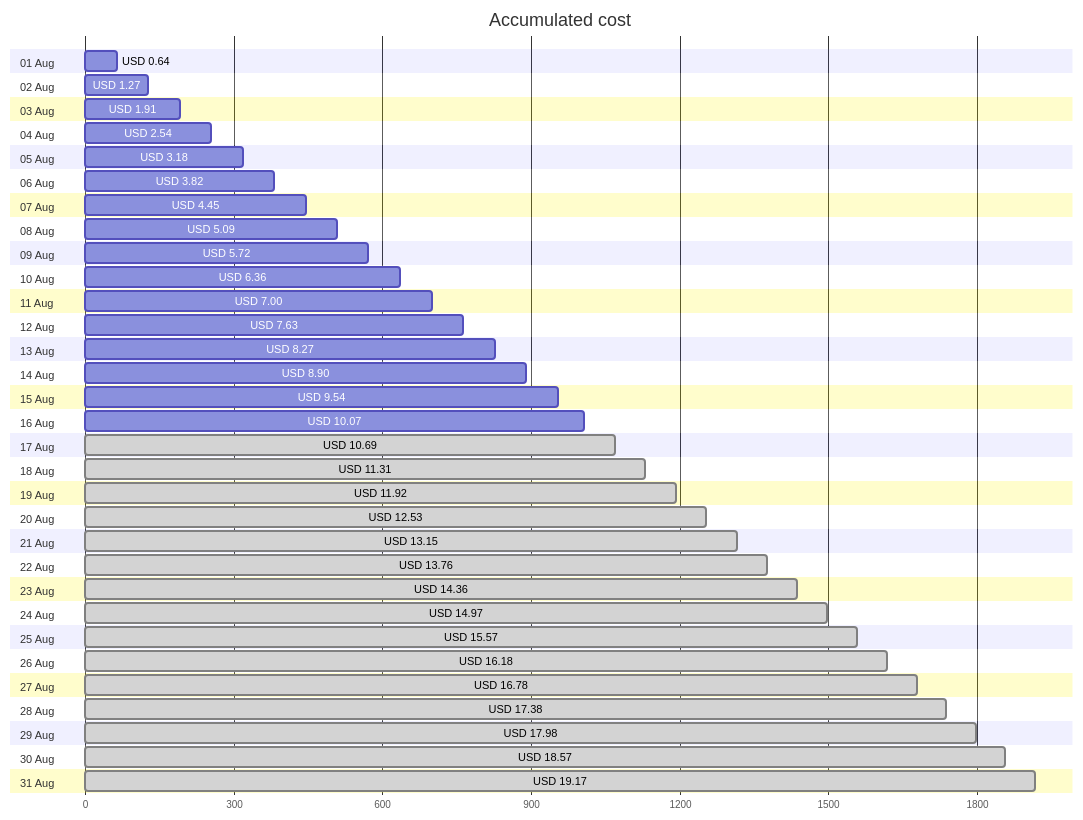
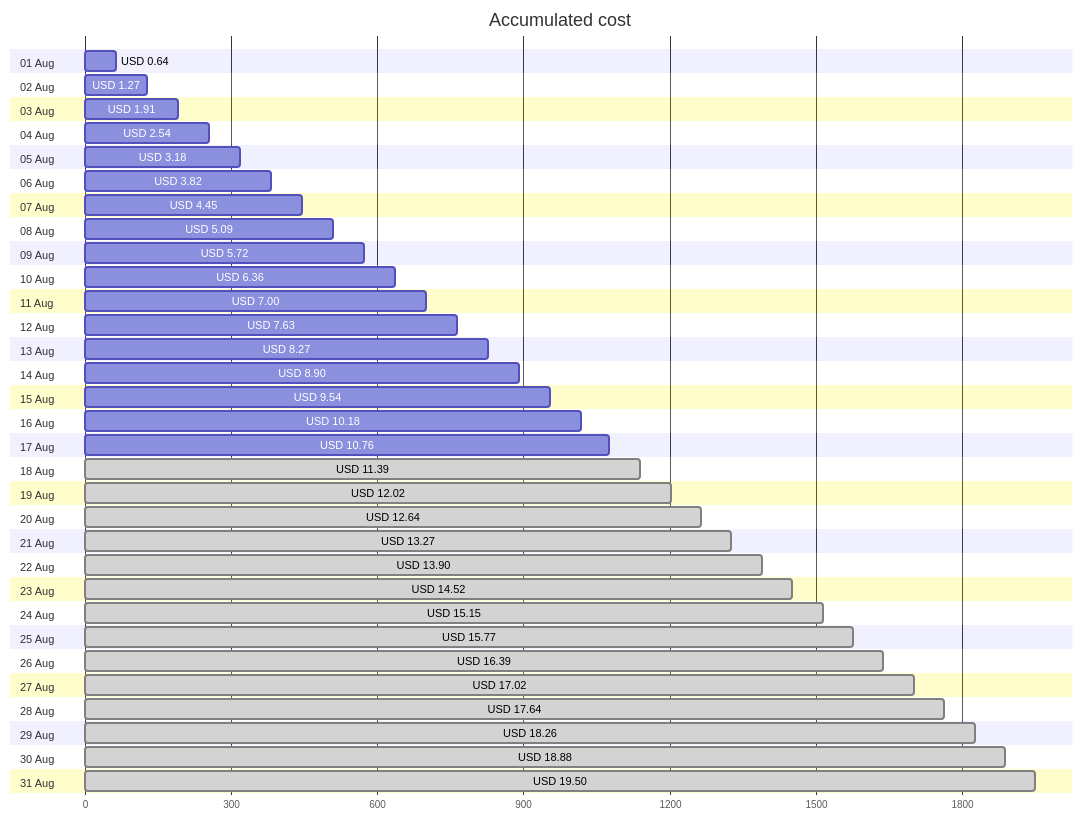
The first of 4 diagrams in cost-reports/accumulated-cost.md (jpfulton/azure-personal-reports), drawn with Mermaid before and after one commit. The commit also changed other lines of this file and 4 other files, not shown here.

````diff
--- a/cost-reports/accumulated-cost.md
+++ b/cost-reports/accumulated-cost.md
@@ -20,68 +20,68 @@
 ```mermaid
 gantt
    title Accumulated cost
    dateFormat  X
    axisFormat %s
    section 01 Aug
    USD 0.64 :0, 64
    section 02 Aug
    USD 1.27 :0, 127
    section 03 Aug
    USD 1.91 :0, 191
    section 04 Aug
    USD 2.54 :0, 254
    section 05 Aug
    USD 3.18 :0, 318
    section 06 Aug
    USD 3.82 :0, 382
    section 07 Aug
    USD 4.45 :0, 445
    section 08 Aug
    USD 5.09 :0, 509
    section 09 Aug
    USD 5.72 :0, 572
    section 10 Aug
    USD 6.36 :0, 636
    section 11 Aug
    USD 7.00 :0, 700
    section 12 Aug
    USD 7.63 :0, 763
    section 13 Aug
    USD 8.27 :0, 827
    section 14 Aug
    USD 8.90 :0, 890
    section 15 Aug
    USD 9.54 :0, 954
    section 16 Aug
-   USD 10.07 :0, 1007
+   USD 10.18 :0, 1018
    section 17 Aug
-   USD 10.69 : done, 0, 1069
+   USD 10.76 :0, 1076
    section 18 Aug
-   USD 11.31 : done, 0, 1131
+   USD 11.39 : done, 0, 1139
    section 19 Aug
-   USD 11.92 : done, 0, 1192
+   USD 12.02 : done, 0, 1202
    section 20 Aug
-   USD 12.53 : done, 0, 1253
+   USD 12.64 : done, 0, 1264
    section 21 Aug
-   USD 13.15 : done, 0, 1315
+   USD 13.27 : done, 0, 1327
    section 22 Aug
-   USD 13.76 : done, 0, 1376
+   USD 13.90 : done, 0, 1390
    section 23 Aug
-   USD 14.36 : done, 0, 1436
+   USD 14.52 : done, 0, 1452
    section 24 Aug
-   USD 14.97 : done, 0, 1497
+   USD 15.15 : done, 0, 1515
    section 25 Aug
-   USD 15.57 : done, 0, 1557
+   USD 15.77 : done, 0, 1577
    section 26 Aug
-   USD 16.18 : done, 0, 1618
+   USD 16.39 : done, 0, 1639
    section 27 Aug
-   USD 16.78 : done, 0, 1678
+   USD 17.02 : done, 0, 1702
    section 28 Aug
-   USD 17.38 : done, 0, 1738
+   USD 17.64 : done, 0, 1764
    section 29 Aug
-   USD 17.98 : done, 0, 1798
+   USD 18.26 : done, 0, 1826
    section 30 Aug
-   USD 18.57 : done, 0, 1857
+   USD 18.88 : done, 0, 1888
    section 31 Aug
-   USD 19.17 : done, 0, 1917
+   USD 19.50 : done, 0, 1950
 ```
````
